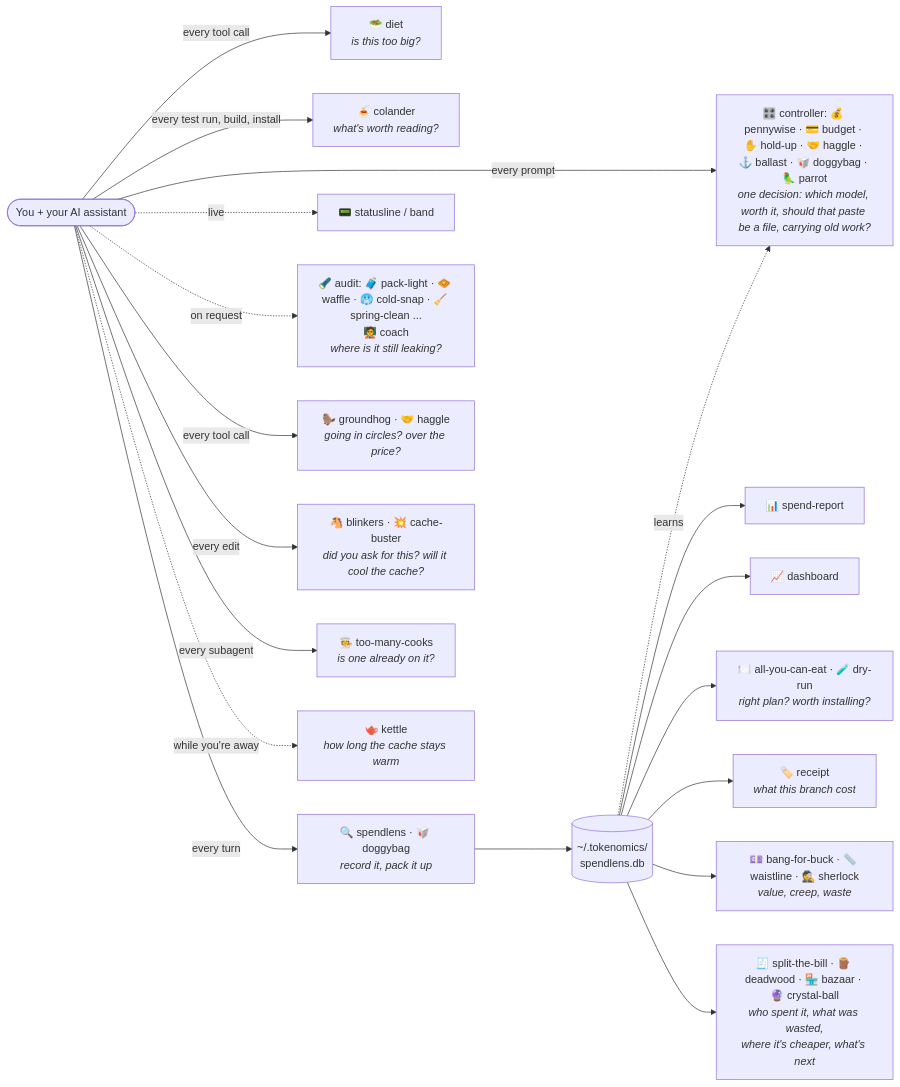
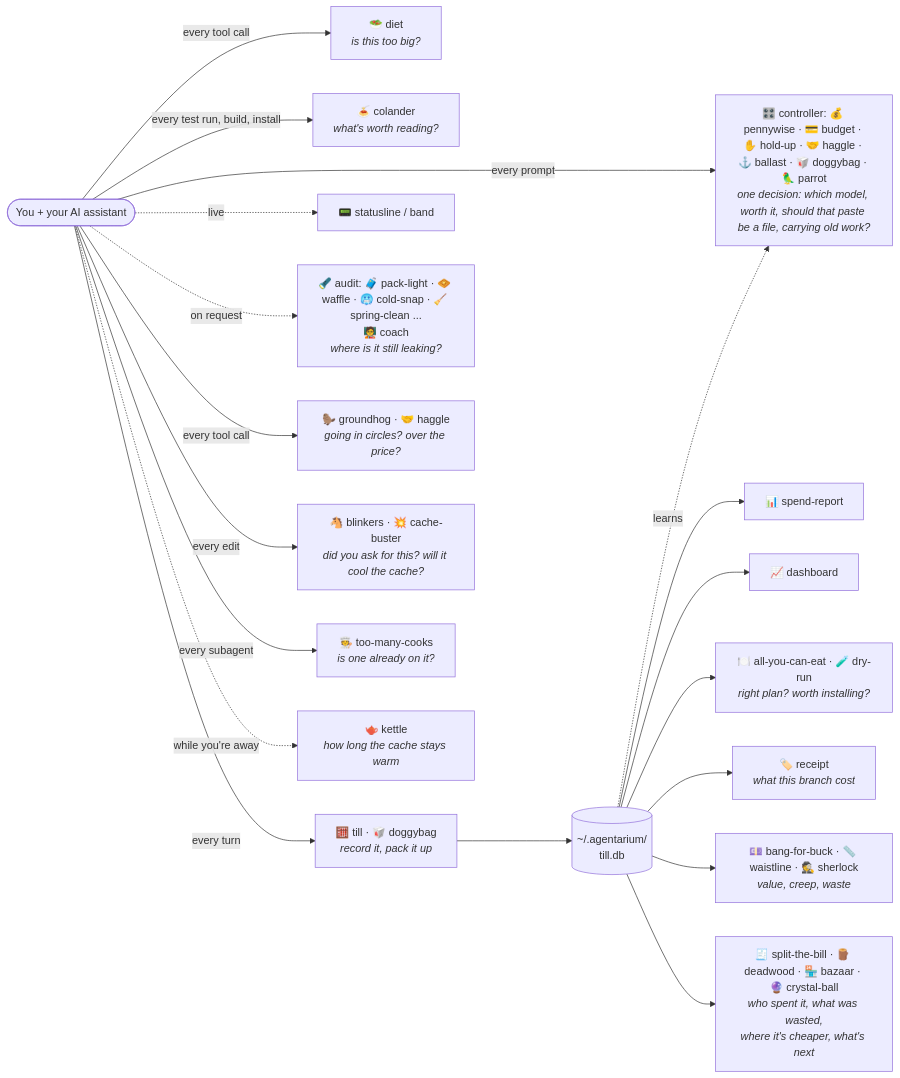
The diagram in README.md (andrew44/agentarium), drawn with Mermaid before and after one commit. The commit also changed other lines of this file and 207 other files, not shown here.

First line of the commit message:
Rename tokenomics to agentarium, and spendlens to till

````diff
--- a/README.md
+++ b/README.md
@@ -579,21 +579,21 @@
 ```mermaid
 flowchart LR
     You(["You + your AI assistant"]) -->|every prompt| G["🎛️ controller: 💰 pennywise · 💳 budget · ✋ hold-up · 🤝 haggle · ⚓ ballast · 🥡 doggybag · 🦜 parrot<br/><i>one decision: which model, worth it, should that paste be a file, carrying old work?</i>"]
     You -->|every tool call| D["🥗 diet<br/><i>is this too big?</i>"]
     You -->|every test run, build, install| CO["🍝 colander<br/><i>what's worth reading?</i>"]
-    You -->|every turn| S["🔍 spendlens · 🥡 doggybag<br/><i>record it, pack it up</i>"]
-    S --> DB[("~/.tokenomics/<br/>spendlens.db")]
+    You -->|every turn| S["🧮 till · 🥡 doggybag<br/><i>record it, pack it up</i>"]
+    S --> DB[("~/.agentarium/<br/>till.db")]
     DB --> R["📊 spend-report"]
     DB --> W["📈 dashboard"]
     You -.->|live| B["📟 statusline / band"]
     You -.->|on request| C["🔦 audit: 🧳 pack-light · 🧇 waffle · 🥶 cold-snap · 🧹 spring-clean ...<br/>🧑‍🏫 coach<br/><i>where is it still leaking?</i>"]
     DB --> A["🍽️ all-you-can-eat · 🧪 dry-run<br/><i>right plan? worth installing?</i>"]
     DB --> RC["🏷️ receipt<br/><i>what this branch cost</i>"]
     You -->|every tool call| L["🦫 groundhog · 🤝 haggle<br/><i>going in circles? over the price?</i>"]
     DB -.->|learns| G
     DB --> V["💷 bang-for-buck · 📏 waistline · 🕵️ sherlock<br/><i>value, creep, waste</i>"]
     You -->|every edit| BL["🐴 blinkers · 💥 cache-buster<br/><i>did you ask for this? will it cool the cache?</i>"]
     You -->|every subagent| TM["🧑‍🍳 too-many-cooks<br/><i>is one already on it?</i>"]
     You -.->|while you're away| K["🫖 kettle<br/><i>how long the cache stays warm</i>"]
     DB --> X["🧾 split-the-bill · 🪵 deadwood · 🏪 bazaar · 🔮 crystal-ball<br/><i>who spent it, what was wasted,<br/>where it's cheaper, what's next</i>"]
 ```
````
